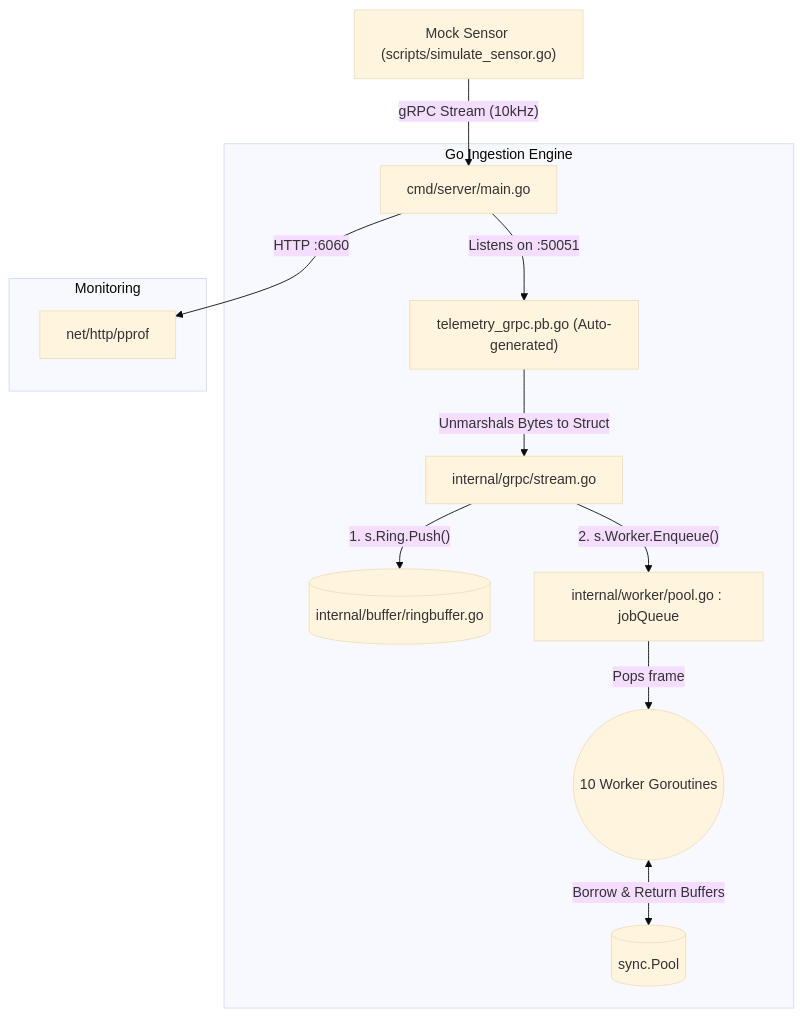
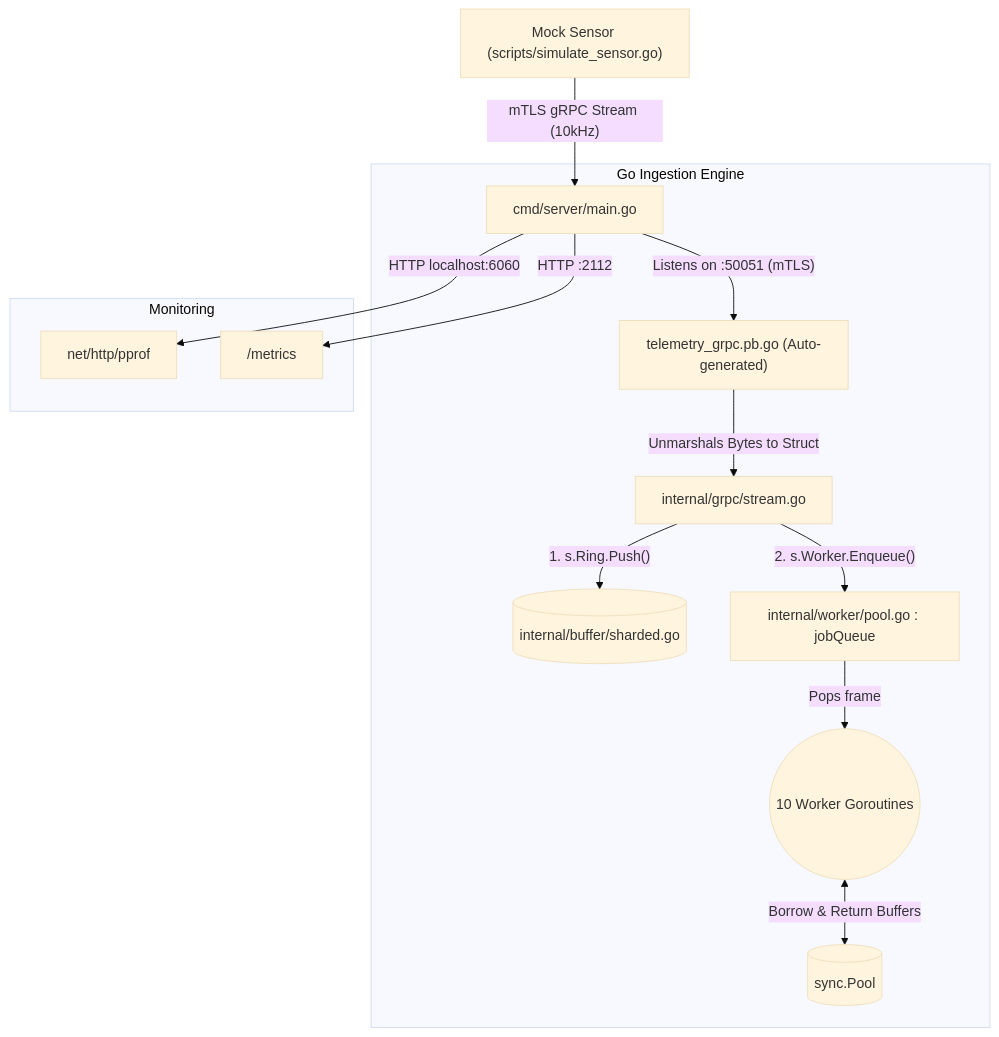
Before and after one commit to Clint-Mathews/PhotonicOps: the diagram in docs/FAQ/PHASE1.md, drawn with Mermaid (base theme). The commit also changed other lines of this file and 15 other files, not shown here.

Commit message:
feat: Phase 5 - Added mTLS on the sensor TCP listener with a local self-signed CA. Mounted certs into compose, gitignore issued keys. Updated Readme. Updated build to consider arm64 and amd64

````diff
--- a/docs/FAQ/PHASE1.md
+++ b/docs/FAQ/PHASE1.md
@@ -9,20 +9,21 @@
 ```mermaid
 flowchart TD
-    Sensor["Mock Sensor (scripts/simulate_sensor.go)"] -- "gRPC Stream (10kHz)" --> Main["cmd/server/main.go"]
+    Sensor["Mock Sensor (scripts/simulate_sensor.go)"] -- "mTLS gRPC Stream (10kHz)" --> Main["cmd/server/main.go"]
     
     subgraph "Go Ingestion Engine"
-        Main -- "Listens on :50051" --> GRPC_Core["telemetry_grpc.pb.go (Auto-generated)"]
+        Main -- "Listens on :50051 (mTLS)" --> GRPC_Core["telemetry_grpc.pb.go (Auto-generated)"]
         GRPC_Core -- "Unmarshals Bytes to Struct" --> StreamGo["internal/grpc/stream.go"]
         
-        StreamGo -- "1. s.Ring.Push()" --> RingBuffer[("internal/buffer/ringbuffer.go")]
+        StreamGo -- "1. s.Ring.Push()" --> RingBuffer[("internal/buffer/sharded.go")]
         StreamGo -- "2. s.Worker.Enqueue()" --> JobChannel["internal/worker/pool.go : jobQueue"]
         
         JobChannel -- "Pops frame" --> Worker1(("10 Worker Goroutines"))
         
         Worker1 <--> |Borrow & Return Buffers| SyncPool[("sync.Pool")]
     end
     
     subgraph "Monitoring"
-        Main -- "HTTP :6060" --> Pprof["net/http/pprof"]
+        Main -- "HTTP localhost:6060" --> Pprof["net/http/pprof"]
+        Main -- "HTTP :2112" --> Metrics["/metrics"]
     end
 ```
````
